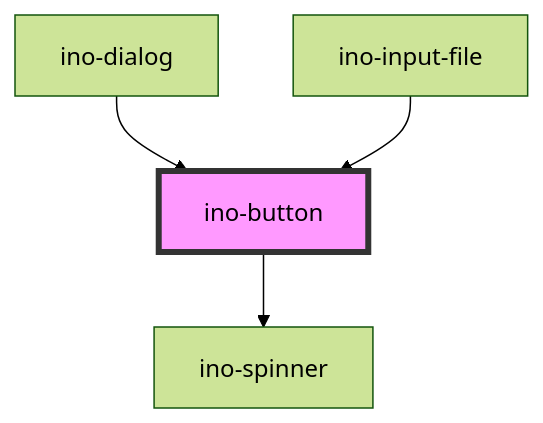
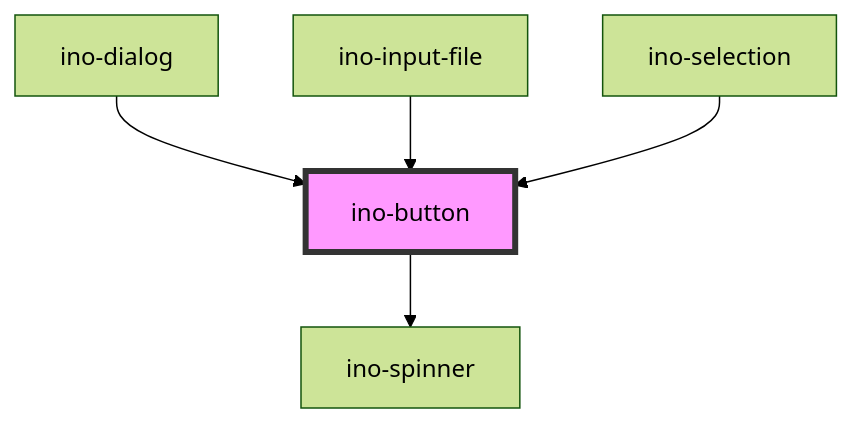
One commit to inovex/elements changed the diagram in packages/elements/src/components/ino-button/readme.md. Above: the diagram before and after it, drawn with Mermaid (forest theme). The commit also changed other lines of this file and 21 other files, not shown here.

Commit message:
refactor(elements): add autocomplete & virtualScroll to ino-selection - virtualScroll not working

````diff
--- a/packages/elements/src/components/ino-button/readme.md
+++ b/packages/elements/src/components/ino-button/readme.md
@@ -127,7 +128,8 @@
 ```mermaid
 graph TD;
   ino-button --> ino-spinner
   ino-dialog --> ino-button
   ino-input-file --> ino-button
+  ino-selection --> ino-button
   style ino-button fill:#f9f,stroke:#333,stroke-width:4px
 ```
````
